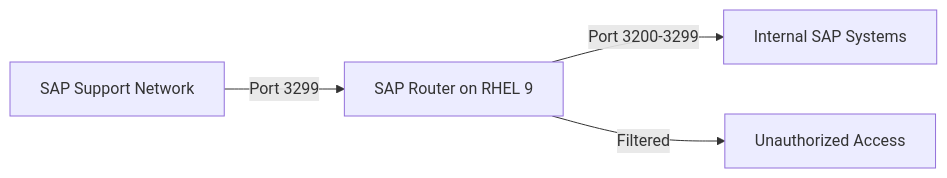
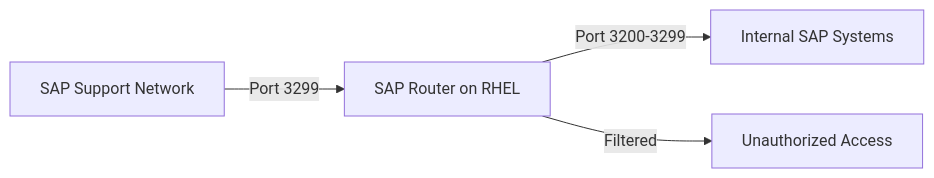
Before and after one commit to OneUptime/blog: the diagram in posts/2026-03-04-set-up-sap-router-rhel-9/README.md, drawn with Mermaid. The commit also changed other lines of this file and 4866 other files, not shown here.

````diff
--- a/posts/2026-03-04-set-up-sap-router-rhel-9/README.md
+++ b/posts/2026-03-04-set-up-sap-router-rhel-9/README.md
@@ -15,6 +15,6 @@
 ```mermaid
 graph LR
-    SAP_Support[SAP Support Network] -->|Port 3299| Router[SAP Router on RHEL 9]
+    SAP_Support[SAP Support Network] -->|Port 3299| Router[SAP Router on RHEL]
     Router -->|Port 3200-3299| Internal[Internal SAP Systems]
     Router -->|Filtered| Blocked[Unauthorized Access]
 ```
````
